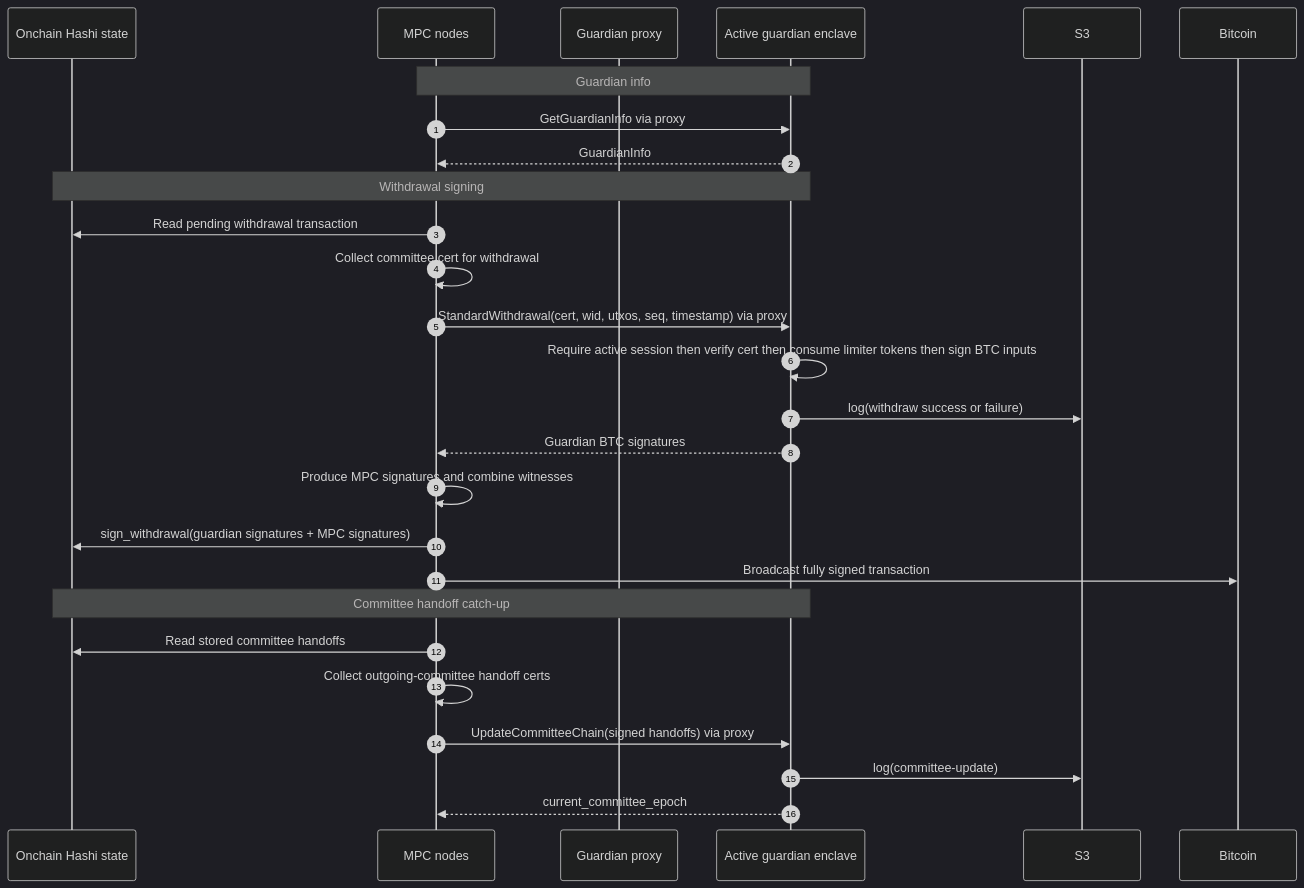
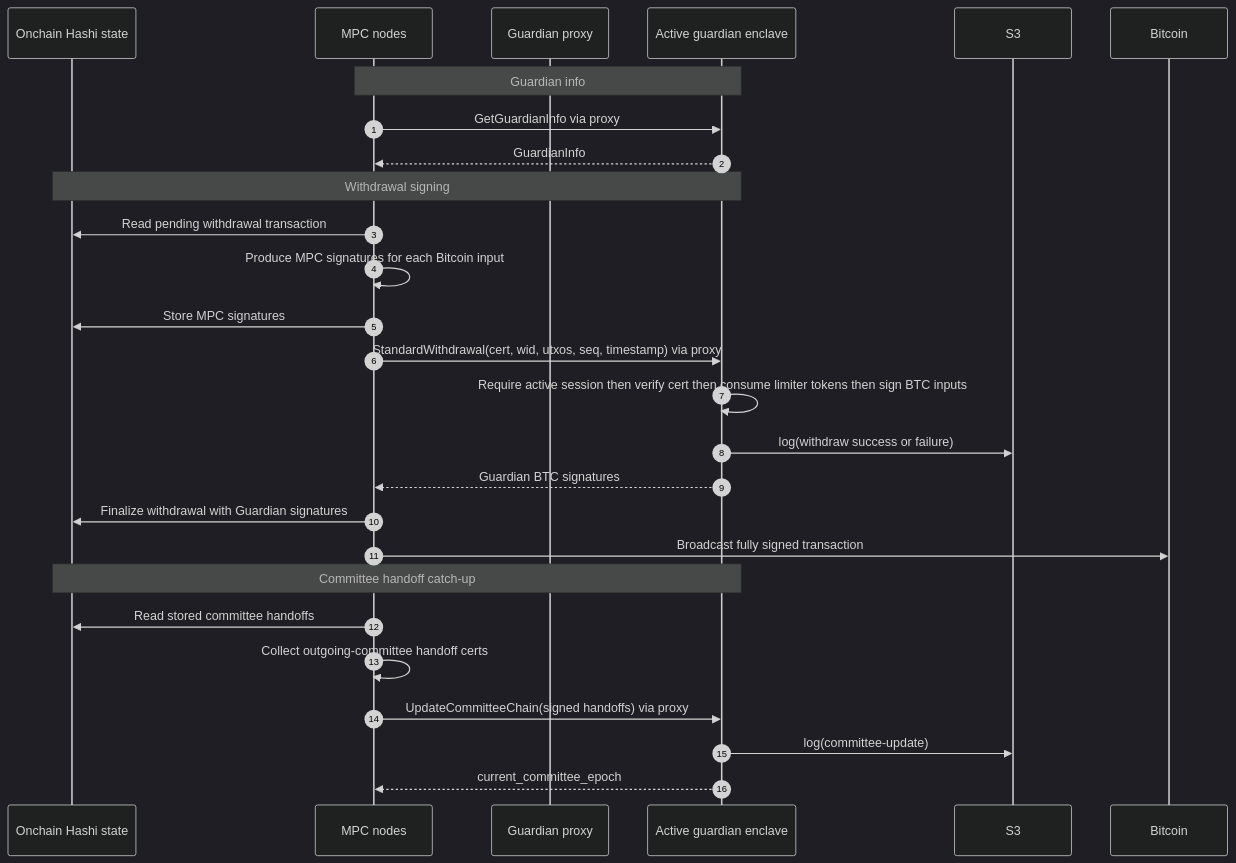
One commit to MystenLabs/hashi changed the fourth of 4 diagrams in design/docs/guardian.mdx. Above: the diagram before and after it, drawn with Mermaid (dark theme).

Commit message:
[Guardian] Correct withdrawal signing order

````diff
--- a/design/docs/guardian.mdx
+++ b/design/docs/guardian.mdx
@@ -159,33 +159,33 @@
 ```mermaid
 sequenceDiagram
     autonumber
 
     participant Onchain as Onchain Hashi state
     participant MPC as MPC nodes
     participant Proxy as Guardian proxy
     participant Guardian as Active guardian enclave
     participant S3
     participant Bitcoin
 
     Note over MPC,Guardian: Guardian info
     MPC->>Guardian: GetGuardianInfo via proxy
     Guardian-->>MPC: GuardianInfo
 
     Note over Onchain,Guardian: Withdrawal signing
     MPC->>Onchain: Read pending withdrawal transaction
-    MPC->>MPC: Collect committee cert for withdrawal
+    MPC->>MPC: Produce MPC signatures for each Bitcoin input
+    MPC->>Onchain: Store MPC signatures
     MPC->>Guardian: StandardWithdrawal(cert, wid, utxos, seq, timestamp) via proxy
     Guardian->>Guardian: Require active session then verify cert then consume limiter tokens then sign BTC inputs
     Guardian->>S3: log(withdraw success or failure)
     Guardian-->>MPC: Guardian BTC signatures
-    MPC->>MPC: Produce MPC signatures and combine witnesses
-    MPC->>Onchain: sign_withdrawal(guardian signatures + MPC signatures)
+    MPC->>Onchain: Finalize withdrawal with Guardian signatures
     MPC->>Bitcoin: Broadcast fully signed transaction
 
     Note over Onchain,Guardian: Committee handoff catch-up
     MPC->>Onchain: Read stored committee handoffs
     MPC->>MPC: Collect outgoing-committee handoff certs
     MPC->>Guardian: UpdateCommitteeChain(signed handoffs) via proxy
     Guardian->>S3: log(committee-update)
     Guardian-->>MPC: current_committee_epoch
 ```
````
